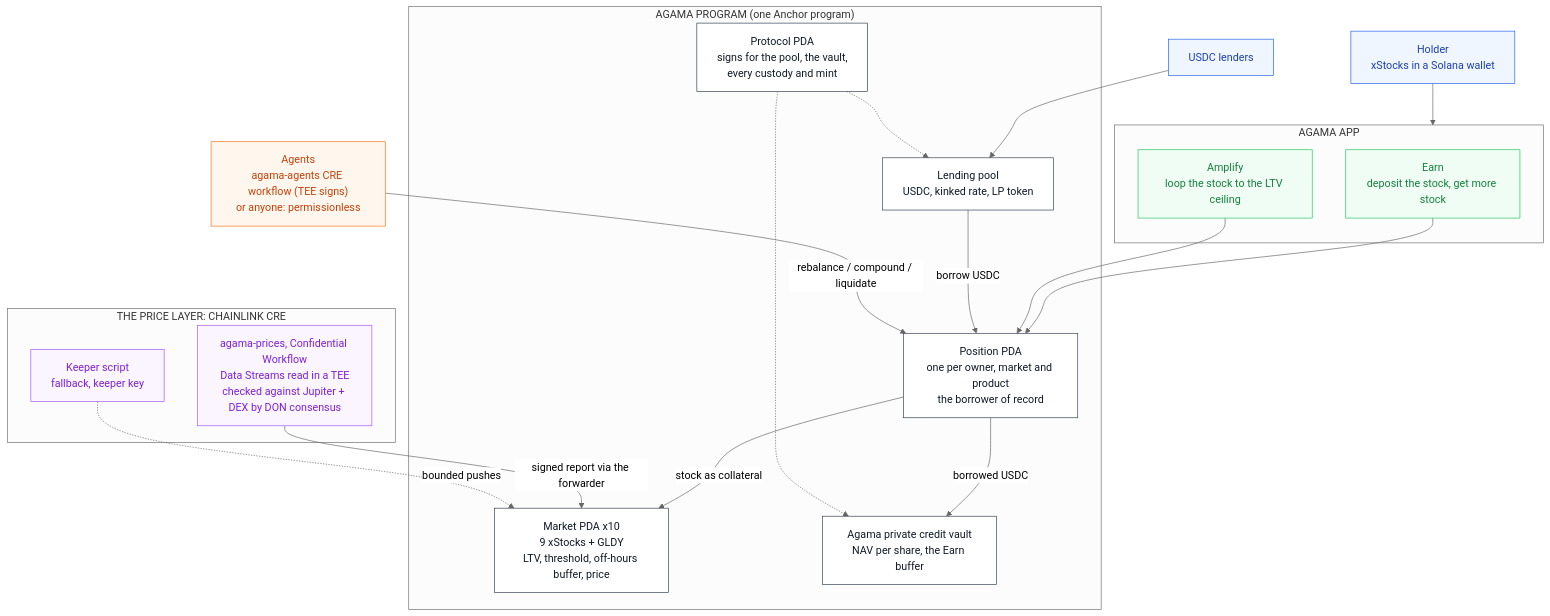
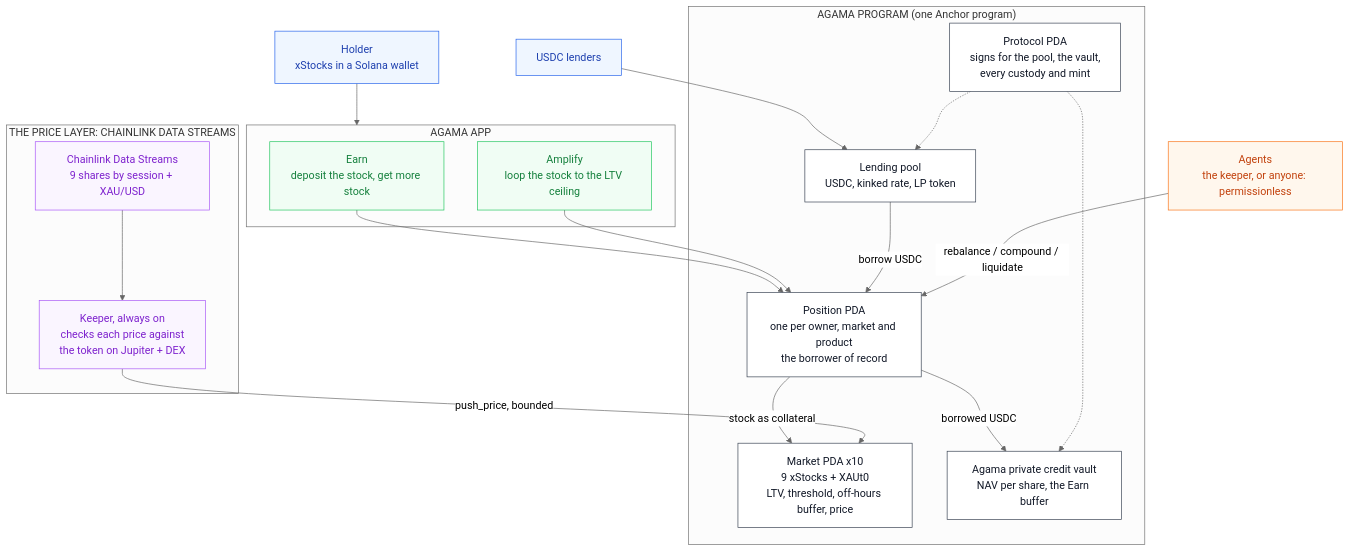
One commit to agamafinance/agama-solana changed the diagram in README.md. Above: the diagram before and after it, drawn with Mermaid (neutral theme). The commit also changed other lines of this file and 59 other files, not shown here.

First line of the commit message:
feat: prices straight from Chainlink Data Streams, gold on XAUt0

````diff
--- a/README.md
+++ b/README.md
@@ -62,50 +63,50 @@
 ```mermaid
 flowchart TB
     USER["Holder<br/>xStocks in a Solana wallet"]
 
     subgraph app["AGAMA APP"]
         EARN["Earn<br/>deposit the stock, get more stock"]
         AMP["Amplify<br/>loop the stock to the LTV ceiling"]
     end
 
     subgraph program["AGAMA PROGRAM (one Anchor program)"]
         POS["Position PDA<br/>one per owner, market and product<br/>the borrower of record"]
-        MKT["Market PDA x10<br/>9 xStocks + GLDY<br/>LTV, threshold, off-hours buffer, price"]
+        MKT["Market PDA x10<br/>9 xStocks + XAUt0<br/>LTV, threshold, off-hours buffer, price"]
         POOL["Lending pool<br/>USDC, kinked rate, LP token"]
         VAULT["Agama private credit vault<br/>NAV per share, the Earn buffer"]
         PROTO["Protocol PDA<br/>signs for the pool, the vault,<br/>every custody and mint"]
     end
 
-    subgraph price["THE PRICE LAYER: CHAINLINK CRE"]
-        CRE["agama-prices, Confidential Workflow<br/>Data Streams read in a TEE<br/>checked against Jupiter + DEX by DON consensus"]
-        KEEPER["Keeper script<br/>fallback, keeper key"]
+    subgraph price["THE PRICE LAYER: CHAINLINK DATA STREAMS"]
+        DS["Chainlink Data Streams<br/>9 shares by session + XAU/USD"]
+        KEEPER["Keeper, always on<br/>checks each price against<br/>the token on Jupiter + DEX"]
     end
 
-    AGENTS["Agents<br/>agama-agents CRE workflow (TEE signs)<br/>or anyone: permissionless"]
+    AGENTS["Agents<br/>the keeper, or anyone: permissionless"]
     LENDERS["USDC lenders"]
 
     USER --> app
     EARN --> POS
     AMP --> POS
     LENDERS --> POOL
     POS -->|"stock as collateral"| MKT
     POOL -->|"borrow USDC"| POS
     POS -->|"borrowed USDC"| VAULT
     AGENTS -->|"rebalance / compound / liquidate"| POS
-    CRE -->|"signed report via the forwarder"| MKT
-    KEEPER -.->|"bounded pushes"| MKT
+    DS --> KEEPER
+    KEEPER -->|"push_price, bounded"| MKT
     PROTO -.-> POOL
     PROTO -.-> VAULT
 
     classDef actor fill:#eff6ff,stroke:#2563eb,color:#1e40af
     classDef product fill:#f0fdf4,stroke:#22c55e,color:#15803d
     classDef core fill:#ffffff,stroke:#374151,color:#111827
     classDef oracle fill:#faf5ff,stroke:#a855f7,color:#7e22ce
     classDef bot fill:#fff7ed,stroke:#f97316,color:#c2410c
 
     class USER,LENDERS actor
     class EARN,AMP product
     class POS,MKT,POOL,VAULT,PROTO core
-    class CRE,KEEPER oracle
+    class DS,KEEPER oracle
     class AGENTS bot
 ```
````
